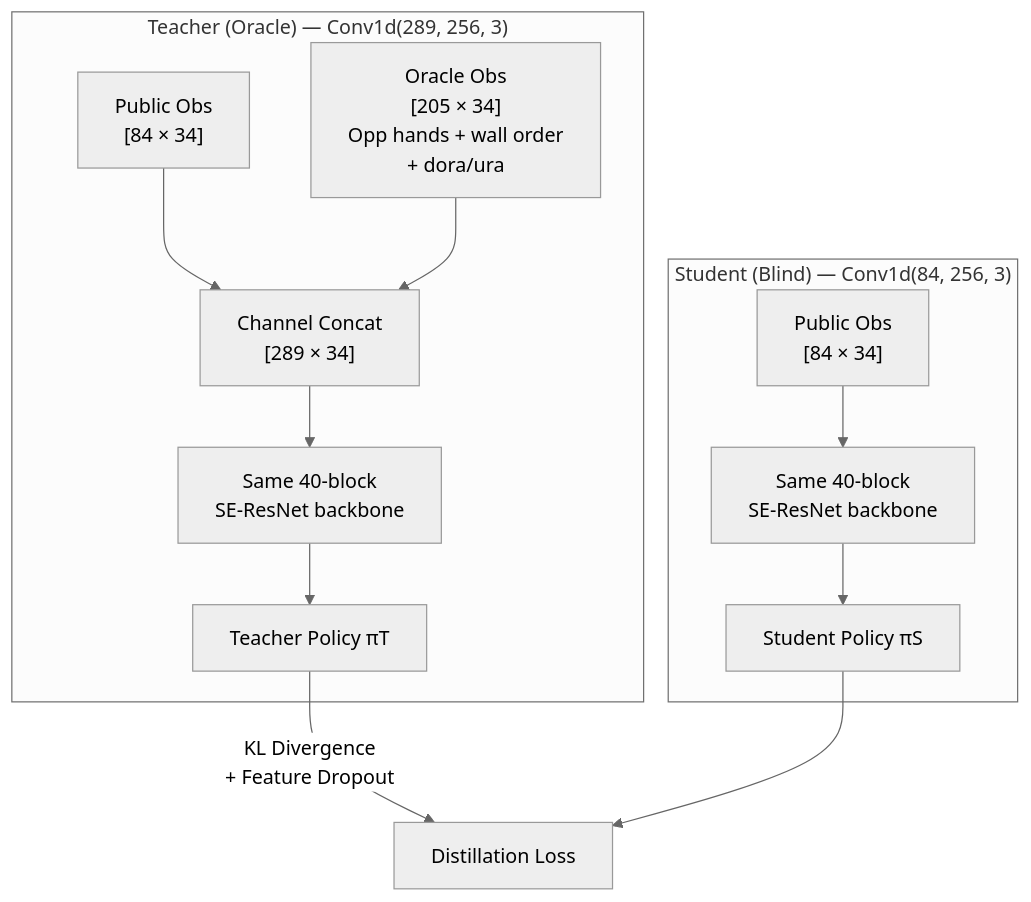
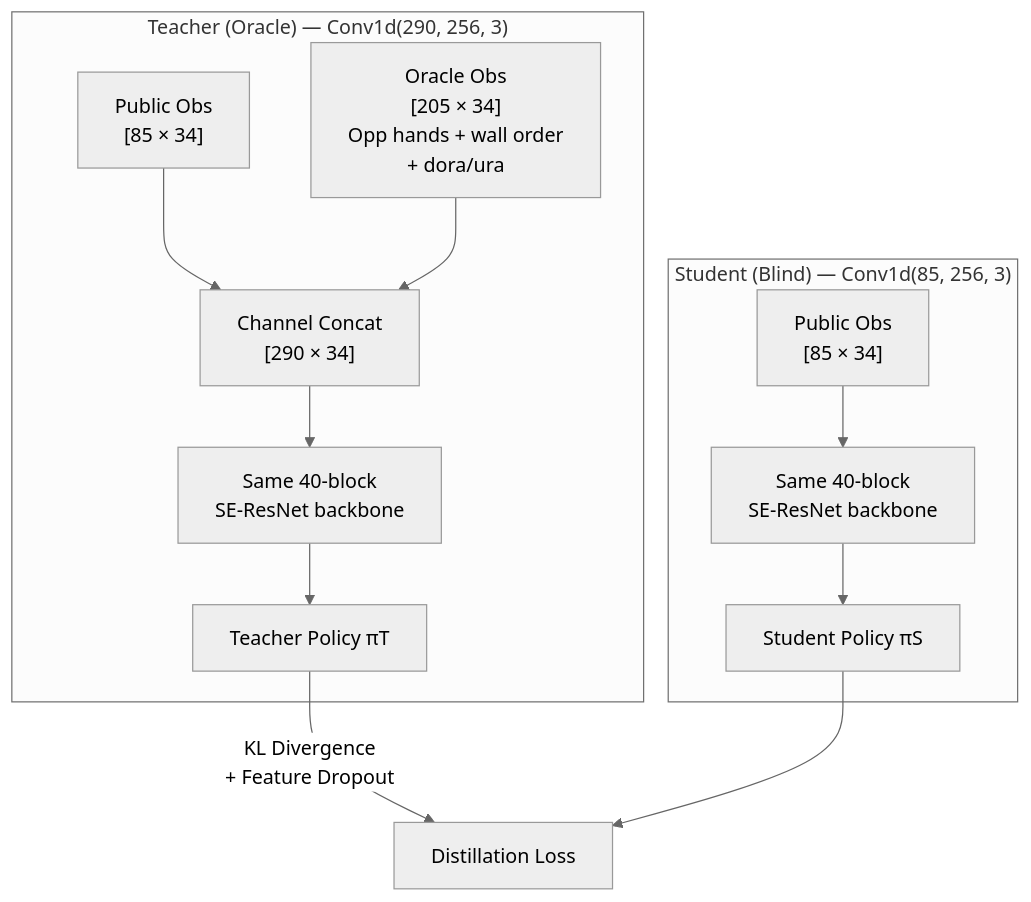
One commit to NikkeTryHard/hydra changed the second of 3 diagrams in research/TRAINING.md. Above: the diagram before and after it, drawn with Mermaid (neutral theme). The commit also changed other lines of this file and 2 other files, not shown here.

Commit message:
docs: fix dora indicator 4->5 slots with full channel renumbering (84->85ch)
Standard riichi reveals up to 5 dora indicators (1 initial + 4 after kans).

Previous encoding supported only 4 (channels 35-38). Now 35-39 (5 slots).

Full cascading renumber across HYDRA_SPEC, TRAINING, OPPONENT_MODELING:

- Dora+Aka: ch 35-41 -> 35-42 (8ch)

- Game Metadata: ch 42-60 -> 43-61 (19ch)

- Safety: ch 61-83 -> 62-84 (23ch)

- Stem: Conv1d(84,256,3) -> Conv1d(85,256,3)

- Teacher: Conv1d(289,256,3) -> Conv1d(290,256,3)

- Total: 84x34 -> 85x34 (62 base + 23 safety)

Issue identified by GPT-5.2 Pro Report 1-2.

Ultraworked with [Sisyphus](https://github.com/code-yeongyu/oh-my-opencode)

````diff
--- a/research/TRAINING.md
+++ b/research/TRAINING.md
@@ -206,19 +206,19 @@
 ```mermaid
 graph TB
-    subgraph "Teacher (Oracle) — Conv1d(289, 256, 3)"
-        T_PUB["Public Obs<br/>[84 × 34]"]
+    subgraph "Teacher (Oracle) — Conv1d(290, 256, 3)"
+        T_PUB["Public Obs<br/>[85 × 34]"]
         T_ORA["Oracle Obs<br/>[205 × 34]<br/>Opp hands + wall order<br/>+ dora/ura"]
-        T_PUB --> T_CAT["Channel Concat<br/>[289 × 34]"]
+        T_PUB --> T_CAT["Channel Concat<br/>[290 × 34]"]
         T_ORA --> T_CAT
         T_CAT --> T_NET["Same 40-block<br/>SE-ResNet backbone"]
         T_NET --> T_POLICY["Teacher Policy πT"]
     end
 
-    subgraph "Student (Blind) — Conv1d(84, 256, 3)"
-        S_OBS["Public Obs<br/>[84 × 34]"] --> S_NET["Same 40-block<br/>SE-ResNet backbone"]
+    subgraph "Student (Blind) — Conv1d(85, 256, 3)"
+        S_OBS["Public Obs<br/>[85 × 34]"] --> S_NET["Same 40-block<br/>SE-ResNet backbone"]
         S_NET --> S_POLICY["Student Policy πS"]
     end
 
     T_POLICY -->|"KL Divergence<br/>+ Feature Dropout"| LOSS[Distillation Loss]
     S_POLICY --> LOSS
 ```
````
